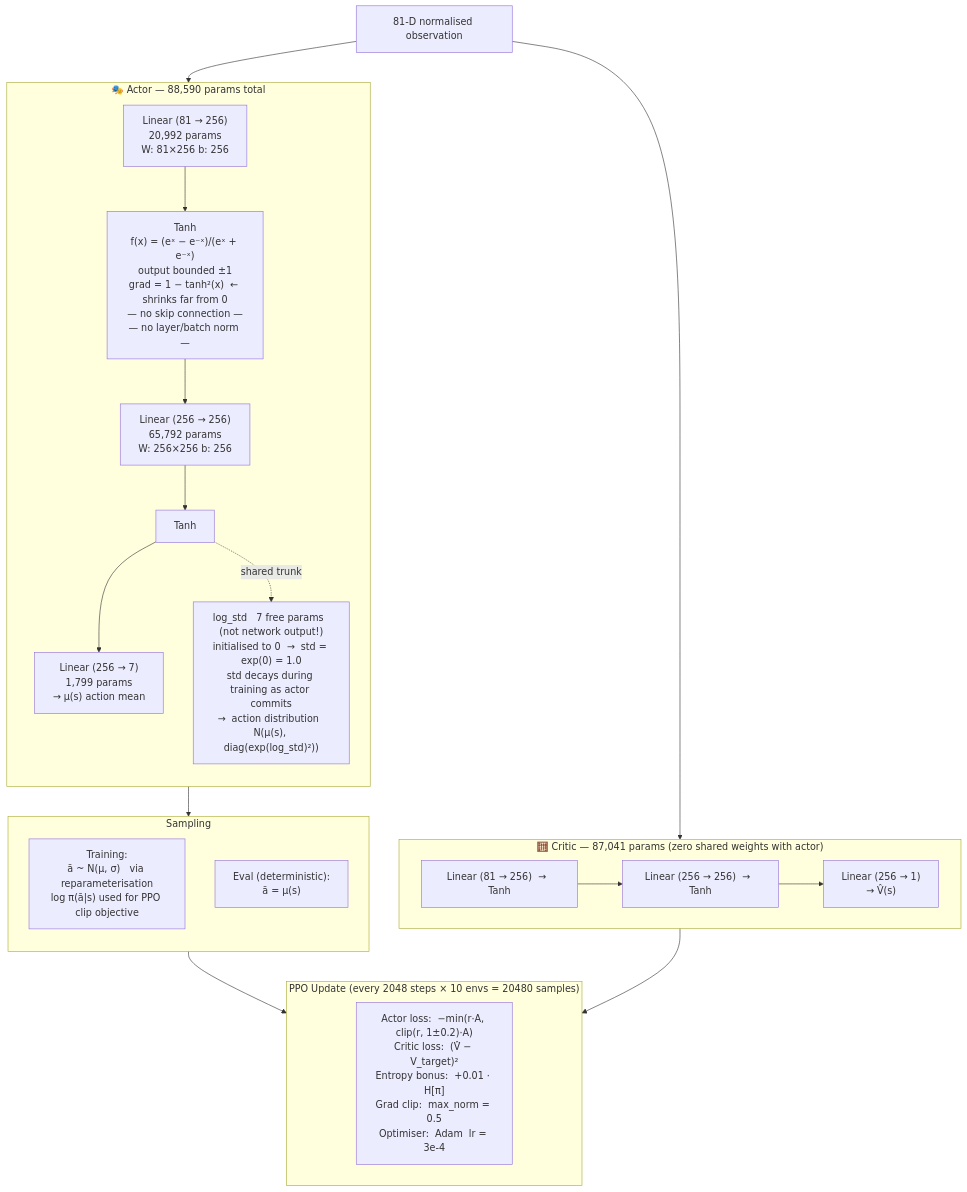
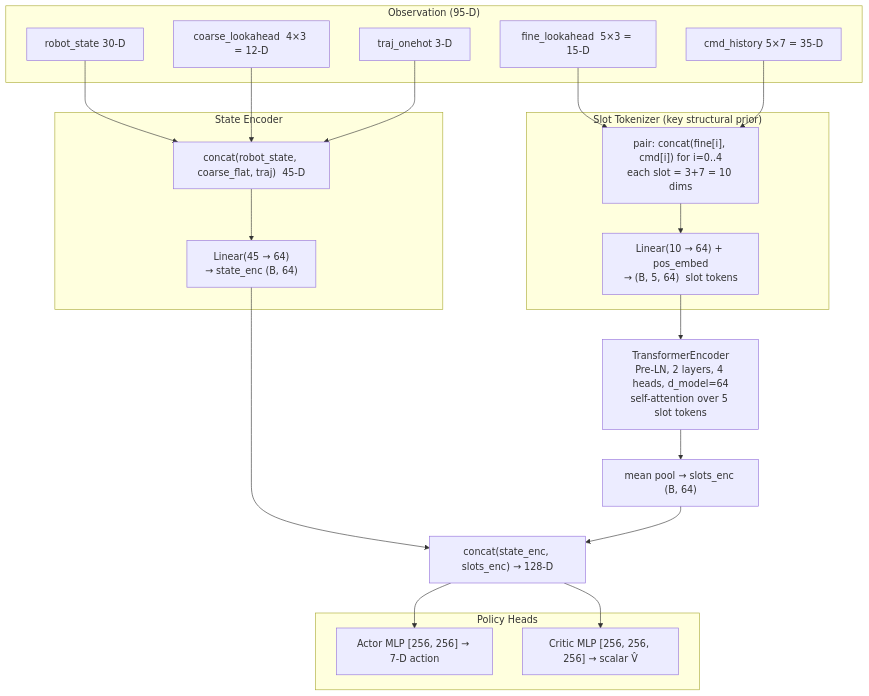
One commit to isaac0804/franka-ee-tracking changed the second of 3 diagrams in docs/architecture.md. Above: the diagram before and after it, drawn with Mermaid. The commit also changed other lines of this file, not shown here.

First line of the commit message:
Update docs/architecture.md for transformer + correct obs dim

````diff
--- a/docs/architecture.md
+++ b/docs/architecture.md
@@ -88,42 +110,44 @@
 ```mermaid
 flowchart TD
-    IN["81-D normalised observation"]
-
-    subgraph ACTOR["🎭 Actor  —  88,590 params total"]
-        direction TB
-        AL1["Linear (81 → 256)\n20,992 params\nW: 81×256   b: 256"]
-        AT1["Tanh\nf(x) = (eˣ − e⁻ˣ)/(eˣ + e⁻ˣ)\noutput bounded ±1\ngrad = 1 − tanh²(x)  ← shrinks far from 0\n— no skip connection —\n— no layer/batch norm —"]
-        AL2["Linear (256 → 256)\n65,792 params\nW: 256×256   b: 256"]
-        AT2["Tanh"]
-        AMEAN["Linear (256 → 7)\n1,799 params\n→  μ(s)   action mean"]
-        ASTD["log_std   7 free params  (not network output!)\ninitialised to 0  →  std = exp(0) = 1.0\nstd decays during training as actor commits\n→  action distribution  N(μ(s), diag(exp(log_std)²))"]
-
-        AL1 --> AT1 --> AL2 --> AT2 --> AMEAN
-        AT2 -.->|"shared trunk"| ASTD
+    subgraph OBS["Observation (95-D)"]
+        RS["robot_state  30-D"]
+        FL["fine_lookahead  5×3 = 15-D"]
+        CL["coarse_lookahead  4×3 = 12-D"]
+        CH["cmd_history  5×7 = 35-D"]
+        TJ["traj_onehot  3-D"]
     end
 
-    subgraph CRITIC["🧮 Critic  —  87,041 params  (zero shared weights with actor)"]
-        direction LR
-        CL1["Linear (81 → 256)  →  Tanh"]
-        CL2["Linear (256 → 256)  →  Tanh"]
-        CV["Linear (256 → 1)\n→  V̂(s)"]
-        CL1 --> CL2 --> CV
+    subgraph SLOT["Slot Tokenizer  (key structural prior)"]
+        PAIR["pair: concat(fine[i], cmd[i]) for i=0..4\neach slot = 3+7 = 10 dims"]
+        SPROJ["Linear(10 → 64) + pos_embed\n→ (B, 5, 64)  slot tokens"]
+        PAIR --> SPROJ
     end
 
-    subgraph SAMPLE["Sampling"]
-        direction TB
-        STRAIN["Training:\nã ~ N(μ, σ)   via reparameterisation\nlog π(ã|s) used for PPO clip objective"]
-        SEVAL["Eval  (deterministic):\nã = μ(s)"]
+    subgraph STATEENC["State Encoder"]
+        SCAT["concat(robot_state, coarse_flat, traj)  45-D"]
+        SPROJ2["Linear(45 → 64)\n→ state_enc (B, 64)"]
+        SCAT --> SPROJ2
     end
 
-    subgraph PPO["PPO Update  (every 2048 steps × 10 envs = 20480 samples)"]
-        direction LR
-        LOSS["Actor loss:  −min(r·A, clip(r, 1±0.2)·A)\nCritic loss:  (V̂ − V_target)²\nEntropy bonus:  +0.01 · H[π]\nGrad clip:  max_norm = 0.5\nOptimiser:  Adam  lr = 3e-4"]
+    TENC["TransformerEncoder\nPre-LN, 2 layers, 4 heads, d_model=64\nself-attention over 5 slot tokens"]
+    POOL["mean pool → slots_enc (B, 64)"]
+    CAT["concat(state_enc, slots_enc) → 128-D"]
+
+    subgraph HEADS["Policy Heads"]
+        ACTOR["Actor MLP [256, 256] → 7-D action"]
+        CRITIC["Critic MLP [256, 256, 256] → scalar V̂"]
     end
 
-    IN --> ACTOR
-    IN --> CRITIC
-    ACTOR --> SAMPLE
-    SAMPLE --> PPO
-    CRITIC --> PPO
+    FL --> PAIR
+    CH --> PAIR
+    RS --> SCAT
+    CL --> SCAT
+    TJ --> SCAT
+
+    SPROJ --> TENC --> POOL
+    SPROJ2 --> CAT
+    POOL --> CAT
+
+    CAT --> ACTOR
+    CAT --> CRITIC
 ```
````
